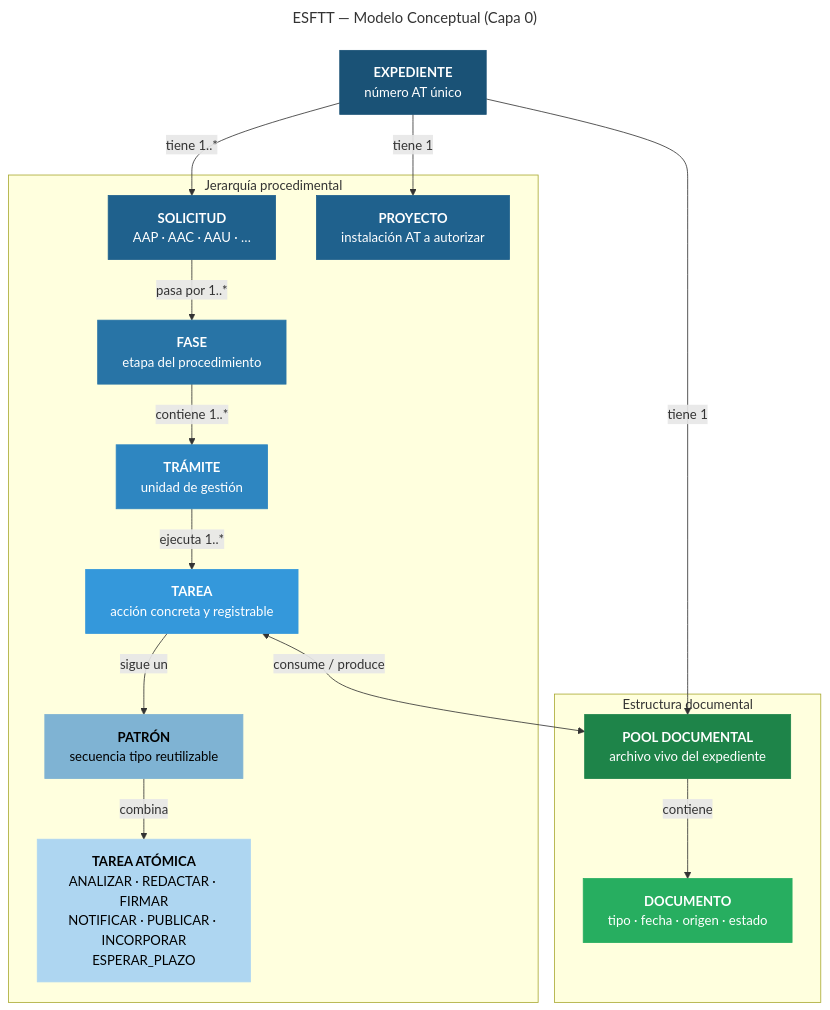
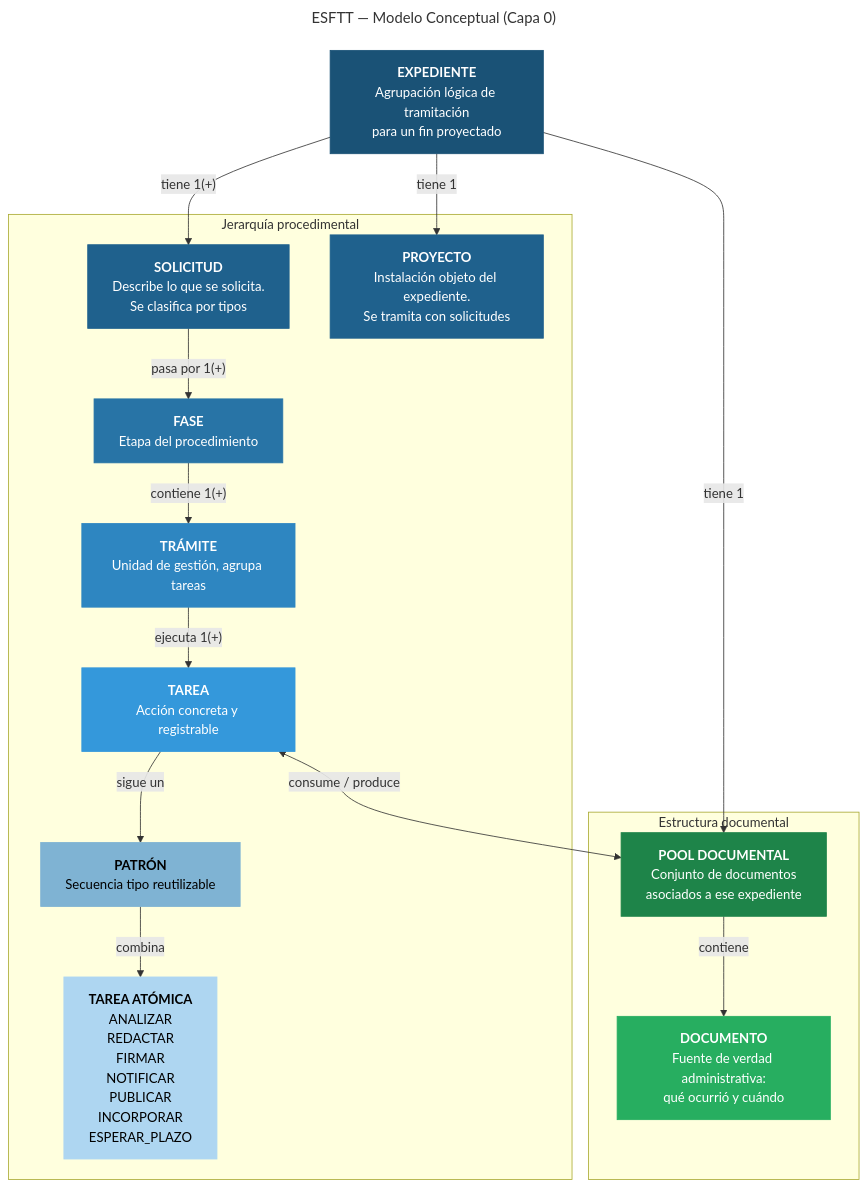
One commit to genete/bddat changed the diagram in docs/diagramas_esftt/capa0_conceptual.mmd. Above: the diagram before and after it, drawn with Mermaid. The commit also changed 1 other file, not shown here.

```diff
--- a/docs/diagramas_esftt/capa0_conceptual.mmd
+++ b/docs/diagramas_esftt/capa0_conceptual.mmd
@@ -1,44 +1,44 @@
 ---
 title: ESFTT — Modelo Conceptual (Capa 0)
 ---
 graph TD
-    EXP["<b>EXPEDIENTE</b><br/>número AT único"]
+    EXP["<b>EXPEDIENTE</b><br/>Agrupación lógica de tramitación<br/>para un fin proyectado"]
 
     subgraph procedimental["Jerarquía procedimental"]
-        SOL["<b>SOLICITUD</b><br/>AAP · AAC · AAU · …"]
-        PROY["<b>PROYECTO</b><br/>instalación AT a autorizar"]
-        FASE["<b>FASE</b><br/>etapa del procedimiento"]
-        TRAM["<b>TRÁMITE</b><br/>unidad de gestión"]
-        TAREA["<b>TAREA</b><br/>acción concreta y registrable"]
-        PAT["<b>PATRÓN</b><br/>secuencia tipo reutilizable"]
-        TAT["<b>TAREA ATÓMICA</b><br/>ANALIZAR · REDACTAR · FIRMAR<br/>NOTIFICAR · PUBLICAR · INCORPORAR<br/>ESPERAR_PLAZO"]
+        SOL["<b>SOLICITUD</b><br/>Describe lo que se solicita.<br/>Se clasifica por tipos"]
+        PROY["<b>PROYECTO</b><br/>Instalación objeto del expediente.<br/>Se tramita con solicitudes"]
+        FASE["<b>FASE</b><br/>Etapa del procedimiento"]
+        TRAM["<b>TRÁMITE</b><br/>Unidad de gestión, agrupa tareas"]
+        TAREA["<b>TAREA</b><br/>Acción concreta y registrable"]
+        PAT["<b>PATRÓN</b><br/>Secuencia tipo reutilizable"]
+        TAT["<b>TAREA ATÓMICA</b><br/>ANALIZAR<br/>REDACTAR<br/>FIRMAR<br/>NOTIFICAR<br/>PUBLICAR<br/>INCORPORAR<br/>ESPERAR_PLAZO"]
     end
 
     subgraph documental["Estructura documental"]
-        POOL["<b>POOL DOCUMENTAL</b><br/>archivo vivo del expediente"]
-        DOC["<b>DOCUMENTO</b><br/>tipo · fecha · origen · estado"]
+        POOL["<b>POOL DOCUMENTAL</b><br/>Conjunto de documentos<br/>asociados a ese expediente"]
+        DOC["<b>DOCUMENTO</b><br/>Fuente de verdad administrativa:<br/>qué ocurrió y cuándo"]
     end
 
     EXP -->|"tiene 1"| PROY
-    EXP -->|"tiene 1..*"| SOL
+    EXP -->|"tiene 1(+)"| SOL
     EXP -->|"tiene 1"| POOL
 
-    SOL -->|"pasa por 1..*"| FASE
-    FASE -->|"contiene 1..*"| TRAM
-    TRAM -->|"ejecuta 1..*"| TAREA
+    SOL -->|"pasa por 1(+)"| FASE
+    FASE -->|"contiene 1(+)"| TRAM
+    TRAM -->|"ejecuta 1(+)"| TAREA
     TAREA -->|"sigue un"| PAT
     PAT -->|"combina"| TAT
 
     POOL -->|"contiene"| DOC
     TAREA <-->|"consume / produce"| POOL
 
     style EXP fill:#1a5276,color:#fff,stroke:#1a5276
     style PROY fill:#1f618d,color:#fff,stroke:#1f618d
     style SOL fill:#1f618d,color:#fff,stroke:#1f618d
     style FASE fill:#2874a6,color:#fff,stroke:#2874a6
     style TRAM fill:#2e86c1,color:#fff,stroke:#2e86c1
     style TAREA fill:#3498db,color:#fff,stroke:#3498db
     style PAT fill:#7fb3d3,color:#000,stroke:#7fb3d3
     style TAT fill:#aed6f1,color:#000,stroke:#aed6f1
     style POOL fill:#1e8449,color:#fff,stroke:#1e8449
     style DOC fill:#27ae60,color:#fff,stroke:#27ae60
```
